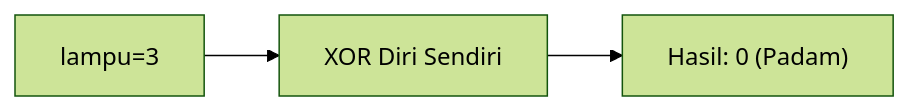
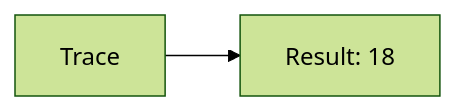
Before and after one commit to amnahwaida/OSNK_INF_PREP: diagram 16 of 25 in part-c-pemahaman-cpp/06-bitwise/latihan/set-11.md, drawn with Mermaid (forest theme). The commit also changed other lines of this file and 71 other files, not shown here.

````diff
--- a/part-c-pemahaman-cpp/06-bitwise/latihan/set-11.md
+++ b/part-c-pemahaman-cpp/06-bitwise/latihan/set-11.md
@@ -460,5 +337,4 @@
 ```mermaid
 graph LR
-A["lampu=3"] --> B["XOR Diri Sendiri"]
-B --> C["Hasil: 0 (Padam)"]
+A[Trace] --> B[Result: 18]
 ```
````
